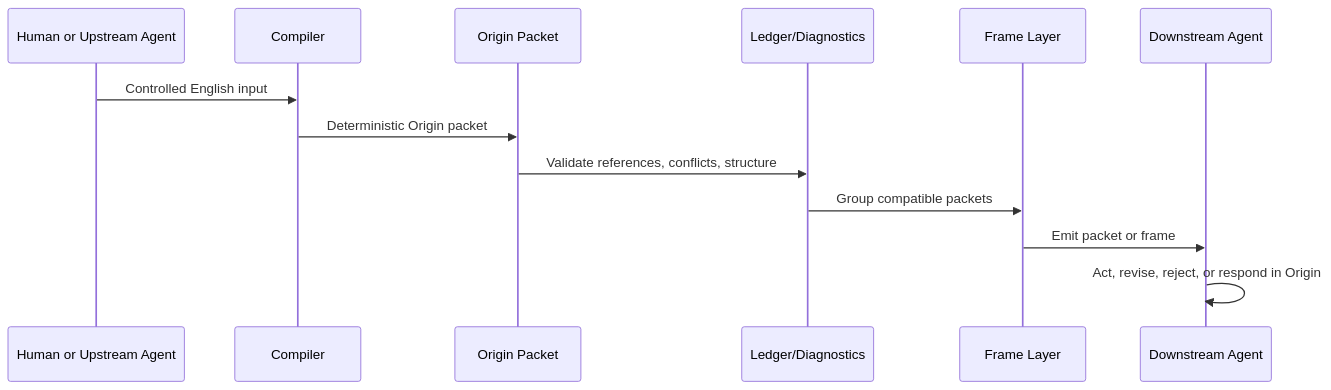
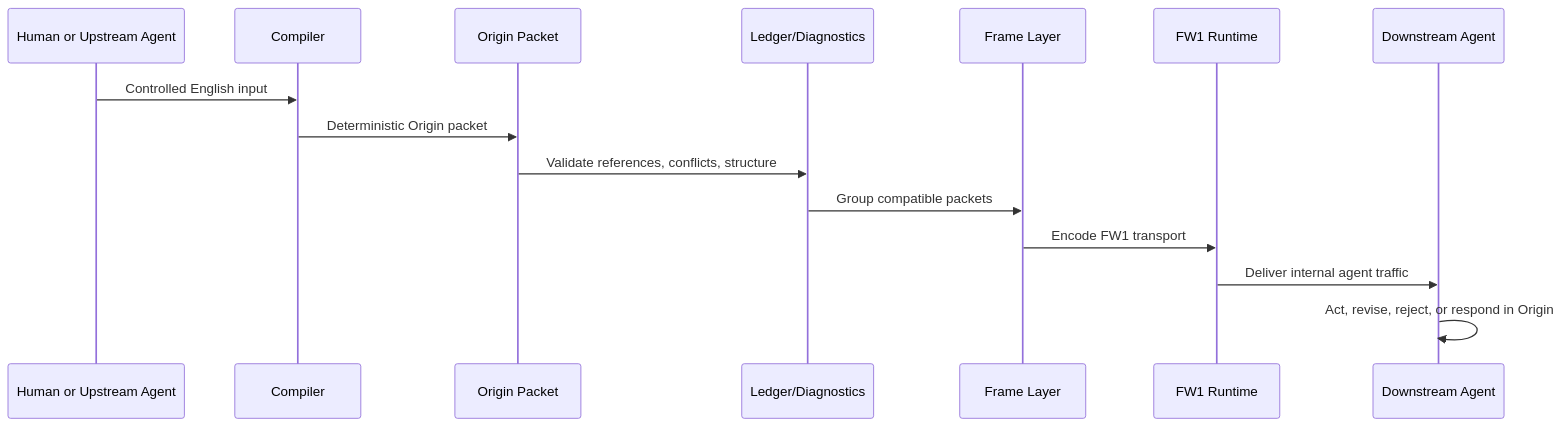
The third of 3 diagrams in README.md (drinkscholson/Origin), drawn with Mermaid before and after one commit. The commit also changed other lines of this file and 18 other files, not shown here.

Commit message:
Add FW1 transport stack and runtime prototype

````diff
--- a/README.md
+++ b/README.md
@@ -194,16 +249,18 @@
 ```mermaid
 sequenceDiagram
     participant H as Human or Upstream Agent
     participant C as Compiler
     participant O as Origin Packet
     participant L as Ledger/Diagnostics
     participant F as Frame Layer
+    participant R as FW1 Runtime
     participant A as Downstream Agent
 
     H->>C: Controlled English input
     C->>O: Deterministic Origin packet
     O->>L: Validate references, conflicts, structure
     L->>F: Group compatible packets
-    F->>A: Emit packet or frame
+    F->>R: Encode FW1 transport
+    R->>A: Deliver internal agent traffic
     A->>A: Act, revise, reject, or respond in Origin
 ```
````
